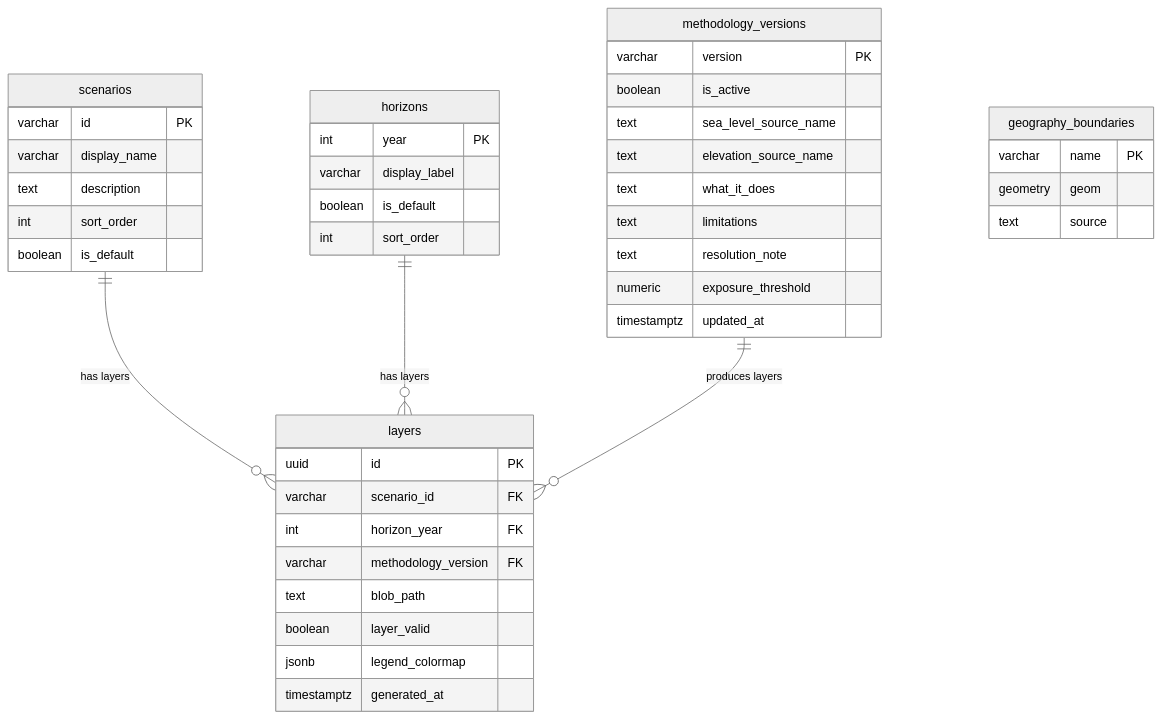
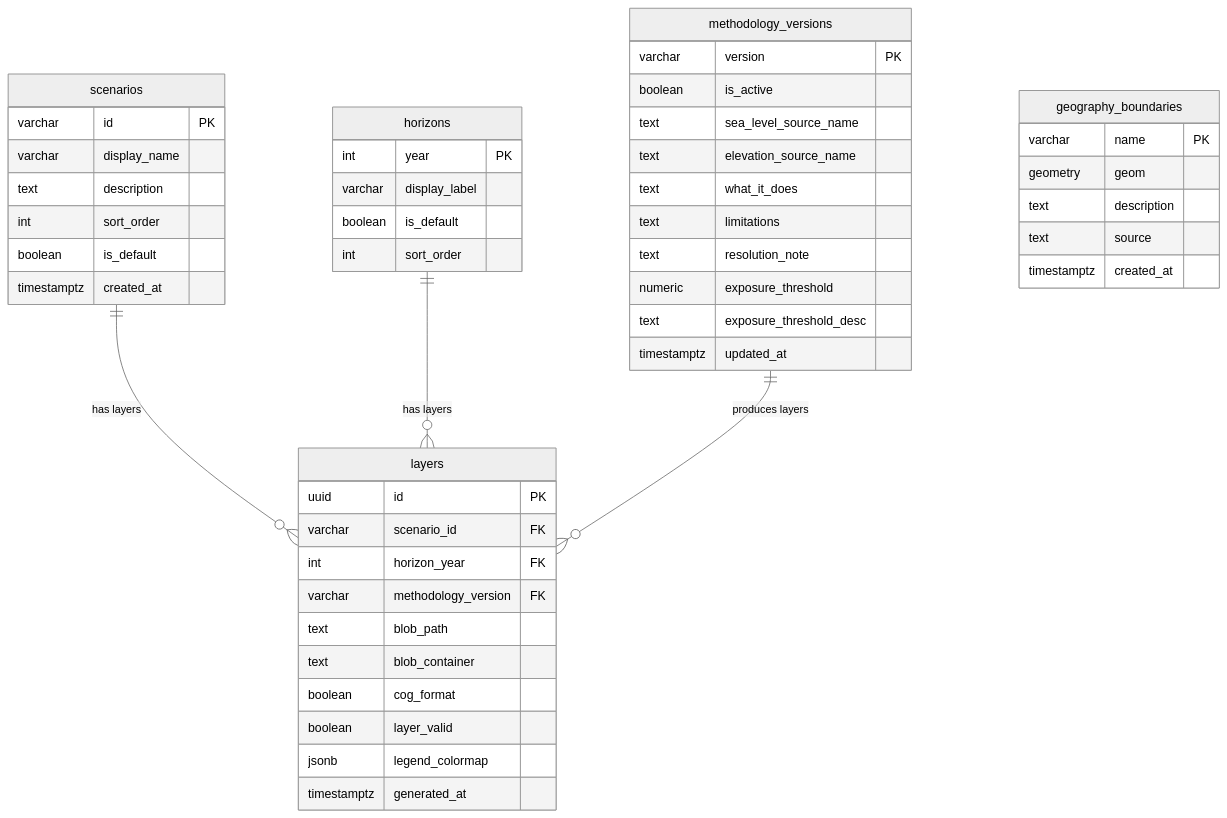
One commit to artemsemdev/SeaRise-Europe changed the diagram in docs/architecture/05-data-architecture.md. Above: the diagram before and after it, drawn with Mermaid (neutral theme). The commit also changed 17 other files, not shown here.

````diff
--- a/docs/architecture/05-data-architecture.md
+++ b/docs/architecture/05-data-architecture.md
@@ -145,46 +145,52 @@
 ```mermaid
 erDiagram
     scenarios {
         varchar id PK
         varchar display_name
         text description
         int sort_order
         boolean is_default
+        timestamptz created_at
     }
     horizons {
         int year PK
         varchar display_label
         boolean is_default
         int sort_order
     }
     methodology_versions {
         varchar version PK
         boolean is_active
         text sea_level_source_name
         text elevation_source_name
         text what_it_does
         text limitations
         text resolution_note
         numeric exposure_threshold
+        text exposure_threshold_desc
         timestamptz updated_at
     }
     layers {
         uuid id PK
         varchar scenario_id FK
         int horizon_year FK
         varchar methodology_version FK
         text blob_path
+        text blob_container
+        boolean cog_format
         boolean layer_valid
         jsonb legend_colormap
         timestamptz generated_at
     }
     geography_boundaries {
         varchar name PK
         geometry geom
+        text description
         text source
+        timestamptz created_at
     }
 
     scenarios ||--o{ layers : "has layers"
     horizons ||--o{ layers : "has layers"
     methodology_versions ||--o{ layers : "produces layers"
 ```
````
